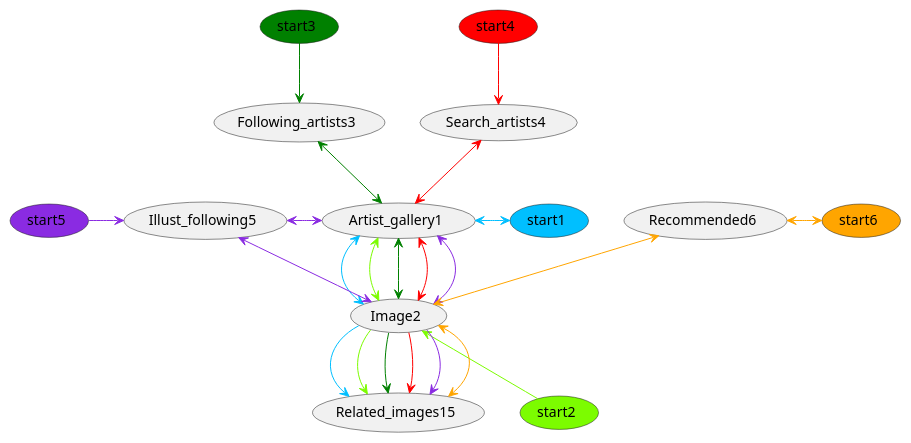
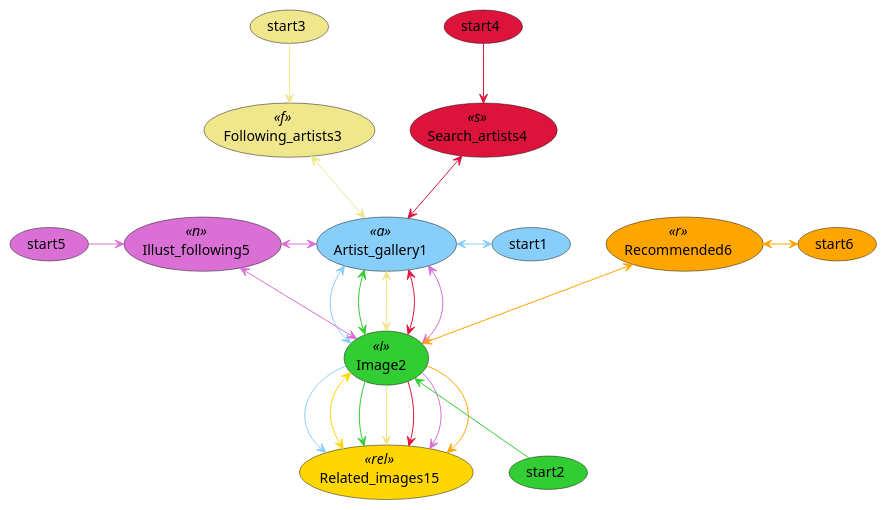
One commit to akazukin5151/koneko changed the diagram in puml/flowchart.puml. Above: the diagram before and after it, drawn with PlantUML. The commit also changed 1 other file, not shown here.

Commit message:
Add mode 6 to flowchart puml and better (background) colors

```diff
--- a/puml/flowchart.puml
+++ b/puml/flowchart.puml
@@ -1,45 +1,57 @@
 @startuml
 
-usecase Artist_gallery1
-usecase Image2
-usecase Following_artists3
-usecase Search_artists4
-usecase Illust_following5
-usecase Related_images15
-usecase Recommended6
+skinparam usecase<<a>>BackgroundColor LightSkyBlue
+skinparam usecase<<i>>BackgroundColor LimeGreen
+skinparam usecase<<f>>BackgroundColor Khaki
+skinparam usecase<<s>>BackgroundColor crimson
+skinparam usecase<<n>>BackgroundColor Orchid
+skinparam usecase<<r>>BackgroundColor Orange
+skinparam usecase<<rel>>BackgroundColor Gold
 
-usecase start1 #DeepSkyBlue
-Artist_gallery1 <-[#DeepSkyBlue]right-> start1
-Artist_gallery1 <-[#DeepSkyBlue]-> Image2
+usecase Artist_gallery1 <<a>>
+usecase Image2 <<i>>
+usecase Following_artists3 <<f>>
+usecase Search_artists4 <<s>>
+usecase Illust_following5 <<n>>
+usecase Related_images15 <<rel>>
+usecase Recommended6 <<r>>
 
-usecase start2 #LawnGreen
-Artist_gallery1 <-[#LawnGreen]-> Image2
-Image2 <-[#LawnGreen]- start2
-Image2 -[#DeepSkyBlue]-> Related_images15
-Image2 -[#LawnGreen]-> Related_images15
-Image2 -[#green]-> Related_images15
-Image2 -[#red]-> Related_images15
-Image2 -[#BlueViolet]-> Related_images15
+Related_images15 <-[#Gold]-> Image2
 
-usecase start3 #green
-Following_artists3 <-[#green]-> Artist_gallery1
-Artist_gallery1 <-[#green]-> Image2
-Following_artists3 <-[#green]up- start3
+usecase start1 #LightSkyBlue
+Artist_gallery1 <-[#LightSkyBlue]right-> start1
+Artist_gallery1 <-[#LightSkyBlue]-> Image2
 
-usecase start4 #red
-Search_artists4 <-[#red]-> Artist_gallery1
-Search_artists4 <-[#red]up- start4
-Artist_gallery1 <-[#red]-> Image2
+usecase start2 #LimeGreen
+Artist_gallery1 <-[#LimeGreen]-> Image2
+Image2 <-[#LimeGreen]- start2
 
-usecase start5 #BlueViolet
-Illust_following5 <-[#BlueViolet]-> Image2
-Illust_following5 <-[#BlueViolet]left- start5
-Artist_gallery1 <-[#BlueViolet]-> Image2
-Illust_following5 <-[#BlueViolet]right-> Artist_gallery1
+Image2 -[#LightSkyBlue]-> Related_images15
+Image2 -[#LimeGreen]-> Related_images15
+Image2 -[#khaki]-> Related_images15
+Image2 -[#crimson]-> Related_images15
+Image2 -[#Orchid]-> Related_images15
+
+
+usecase start3 #khaki
+Following_artists3 <-[#khaki]-> Artist_gallery1
+Artist_gallery1 <-[#khaki]-> Image2
+Following_artists3 <-[#khaki]up- start3
+
+usecase start4 #crimson
+Search_artists4 <-[#crimson]-> Artist_gallery1
+Search_artists4 <-[#crimson]up- start4
+Artist_gallery1 <-[#crimson]-> Image2
+
+usecase start5 #Orchid
+Illust_following5 <-[#Orchid]-> Image2
+Illust_following5 <-[#Orchid]left- start5
+Artist_gallery1 <-[#Orchid]-> Image2
+Illust_following5 <-[#Orchid]right-> Artist_gallery1
 
 usecase start6 #Orange
 Recommended6 <-[#Orange]right-> start6
 Recommended6 <-[#Orange]-> Image2
-Image2 <-[#Orange]-> Related_images15
+Image2 -[#Orange]-> Related_images15
 
 @enduml
```
